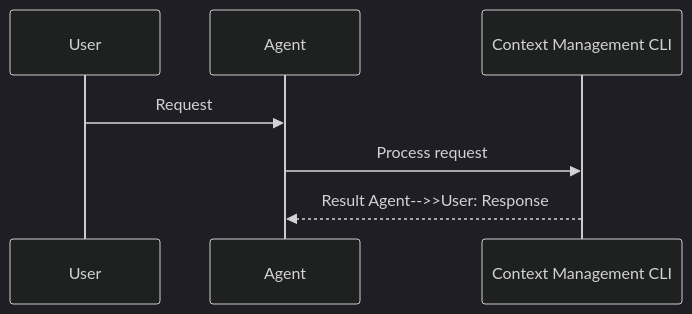
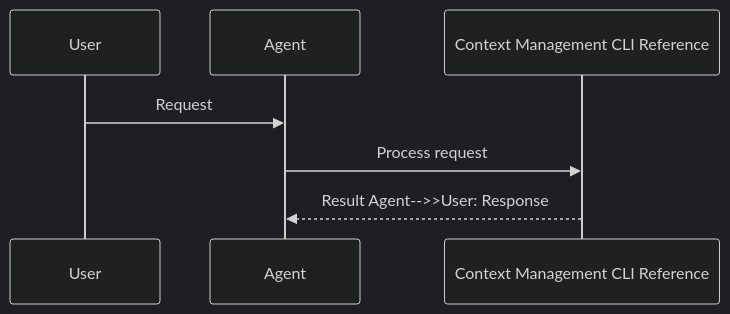
One commit to MervinPraison/PraisonAIDocs changed the second of 2 diagrams in docs/features/context-cli-reference.mdx. Above: the diagram before and after it, drawn with Mermaid (dark theme). The commit also changed other lines of this file and 45 other files, not shown here.

First line of the commit message:
docs: fix truncated Mermaid diagram feature names (22-char cutoff)

````diff
--- a/docs/features/context-cli-reference.mdx
+++ b/docs/features/context-cli-reference.mdx
@@ -48,10 +48,10 @@
 ```mermaid
 sequenceDiagram
     participant User
     participant Agent
-    participant Feature as Context Management CLI
+    participant Feature as Context Management CLI Reference
 
     User->>Agent: Request
     Agent->>Feature: Process request
     Feature-->>Agent: Result    Agent-->>User: Response
 ```
````
